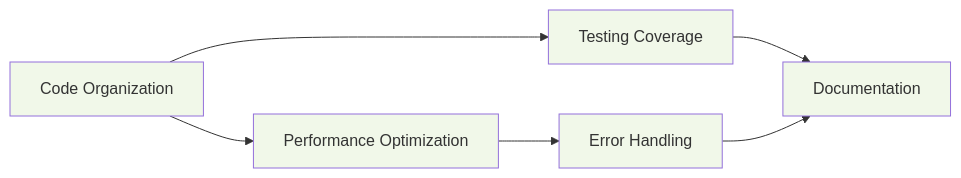
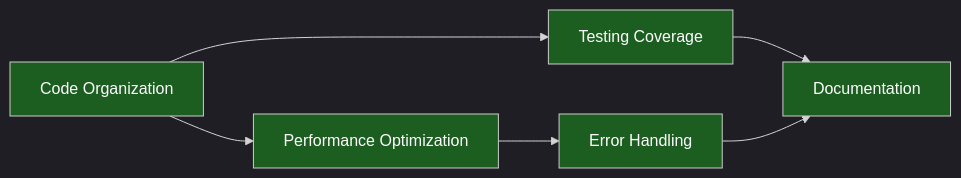
Before and after one commit to subtillioN/imagN: the fifth of 7 diagrams in instructions/task-visualization.md, drawn with Mermaid. The commit also changed other lines of this file and 43 other files, not shown here.

````diff
--- a/instructions/task-visualization.md
+++ b/instructions/task-visualization.md
@@ -59,14 +100,15 @@
 ```mermaid
+%%{init: {'theme':'dark'}}%%
 graph LR
     A[Code Organization] --> B[Performance Optimization]
     B --> C[Error Handling]
     A --> D[Testing Coverage]
     D --> E[Documentation]
     C --> E
     
-    style A fill:#f1f8e9
-    style B fill:#f1f8e9
-    style C fill:#f1f8e9
-    style D fill:#f1f8e9
-    style E fill:#f1f8e9
+    style A fill:#1b5e20,color:#ffffff
+    style B fill:#1b5e20,color:#ffffff
+    style C fill:#1b5e20,color:#ffffff
+    style D fill:#1b5e20,color:#ffffff
+    style E fill:#1b5e20,color:#ffffff
 ```
````
